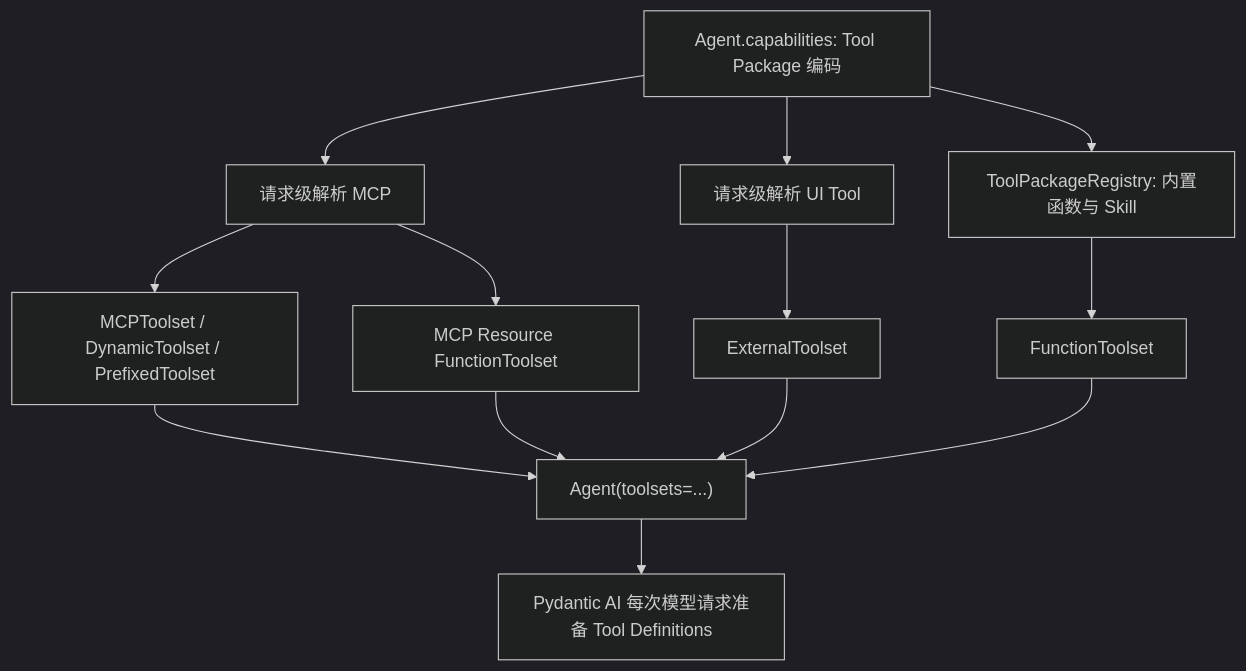
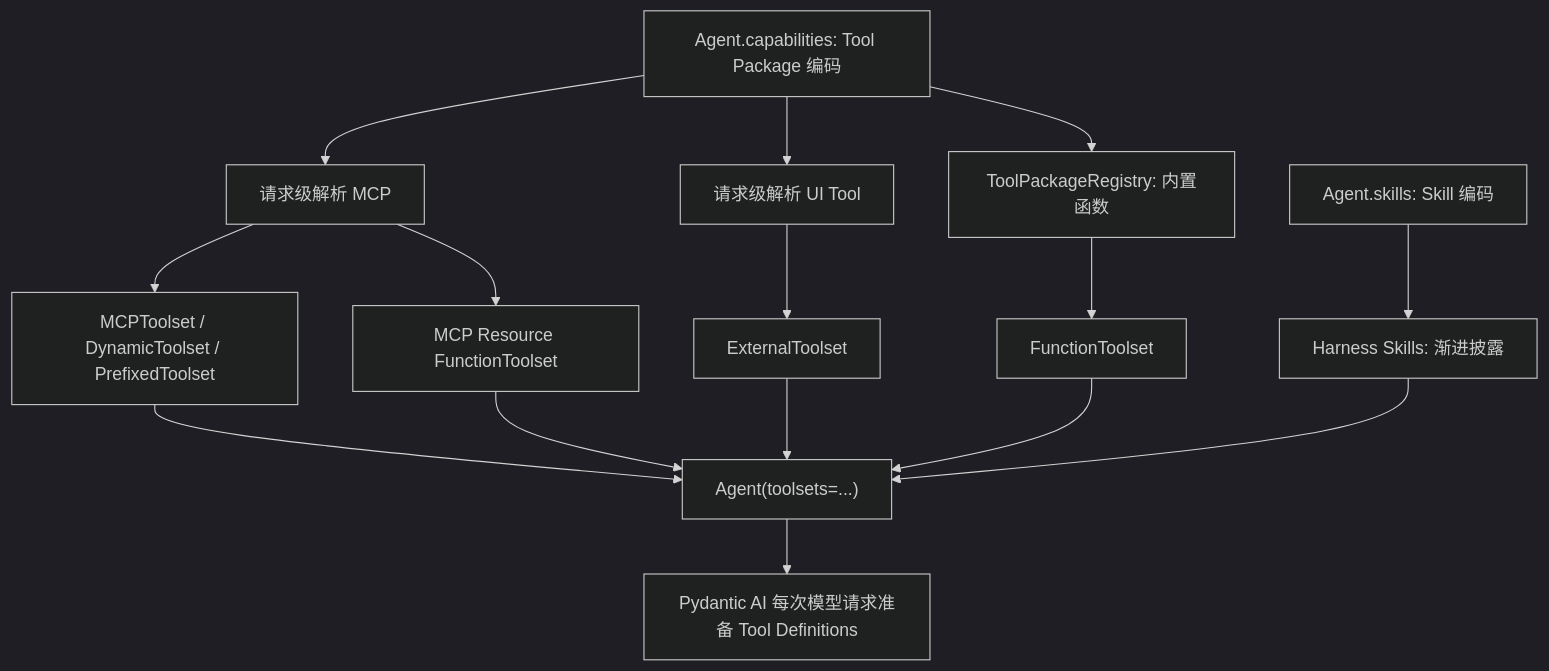
The second of 2 diagrams in docs/design/05-tool-optimization/tool-optimization-design.md (hxz1993/deep-agent), drawn with Mermaid (dark theme) before and after one commit. The commit also changed other lines of this file and 87 other files, not shown here.

````diff
--- a/docs/design/05-tool-optimization/tool-optimization-design.md
+++ b/docs/design/05-tool-optimization/tool-optimization-design.md
@@ -459,15 +460,17 @@
 ```mermaid
 flowchart TD
-    A["Agent.capabilities: Tool Package 编码"] --> B["ToolPackageRegistry: 内置函数与 Skill"]
+    A["Agent.capabilities: Tool Package 编码"] --> B["ToolPackageRegistry: 内置函数"]
+    K["Agent.skills: Skill 编码"] --> L["Harness Skills: 渐进披露"]
     A --> C["请求级解析 MCP"]
     A --> D["请求级解析 UI Tool"]
     C --> E["MCPToolset / DynamicToolset / PrefixedToolset"]
     C --> F["MCP Resource FunctionToolset"]
     D --> G["ExternalToolset"]
     B --> H["FunctionToolset"]
     E --> I["Agent(toolsets=...)"]
     F --> I
     G --> I
     H --> I
+    L --> I
     I --> J["Pydantic AI 每次模型请求准备 Tool Definitions"]
 ```
````
